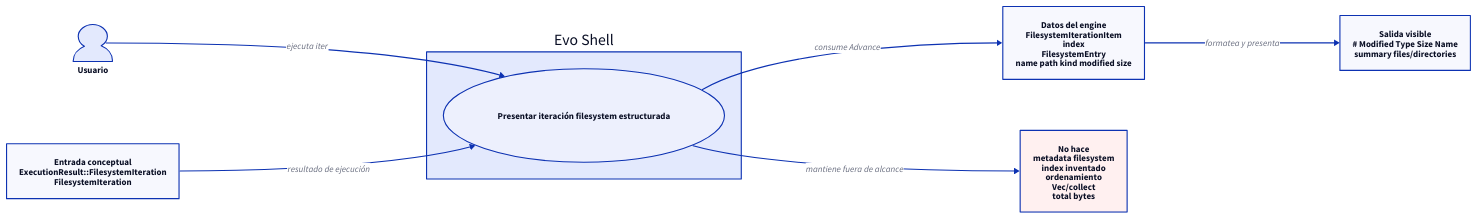
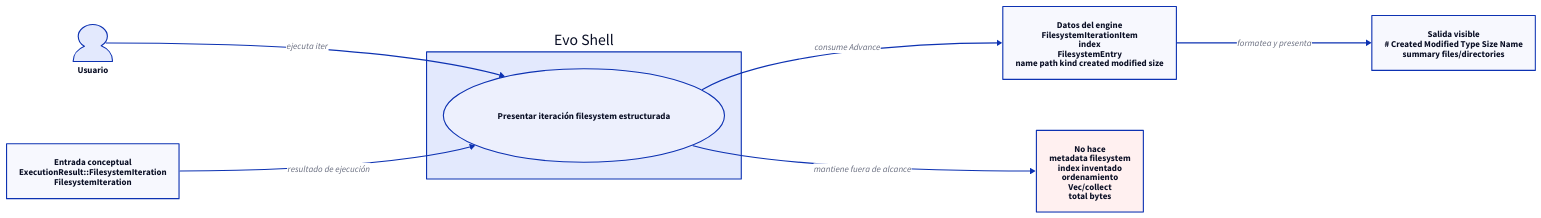
The diagram in evo-shell/technical_documentation/use_cases/UC-004-present-structured-filesystem-iteration/use-case.d2 (niqel/evolution), drawn with D2 before and after one commit. The commit also changed 23 other files, not shown here.

```diff
--- a/evo-shell/technical_documentation/use_cases/UC-004-present-structured-filesystem-iteration/use-case.d2
+++ b/evo-shell/technical_documentation/use_cases/UC-004-present-structured-filesystem-iteration/use-case.d2
@@ -1,36 +1,36 @@
 direction: right
 
 usuario: "Usuario" {
   shape: person
 }
 
 evo_shell: "Evo Shell" {
   shape: rectangle
 
   present_iteration: "Presentar iteración filesystem estructurada" {
     shape: oval
   }
 }
 
 entrada: "Entrada conceptual\nExecutionResult::FilesystemIteration\nFilesystemIteration" {
   shape: rectangle
 }
 
-engine_data: "Datos del engine\nFilesystemIterationItem\nindex\nFilesystemEntry\nname path kind modified size" {
+engine_data: "Datos del engine\nFilesystemIterationItem\nindex\nFilesystemEntry\nname path kind created modified size" {
   shape: rectangle
 }
 
-salida: "Salida visible\n# Modified Type Size Name\nsummary files/directories" {
+salida: "Salida visible\n# Created Modified Type Size Name\nsummary files/directories" {
   shape: rectangle
 }
 
 fuera: "No hace\nmetadata filesystem\nindex inventado\nordenamiento\nVec/collect\ntotal bytes" {
   shape: rectangle
   style.fill: "#fff0f0"
 }
 
 usuario -> evo_shell.present_iteration: "ejecuta iter"
 entrada -> evo_shell.present_iteration: "resultado de ejecución"
 evo_shell.present_iteration -> engine_data: "consume Advance"
 engine_data -> salida: "formatea y presenta"
 evo_shell.present_iteration -> fuera: "mantiene fuera de alcance"
```
